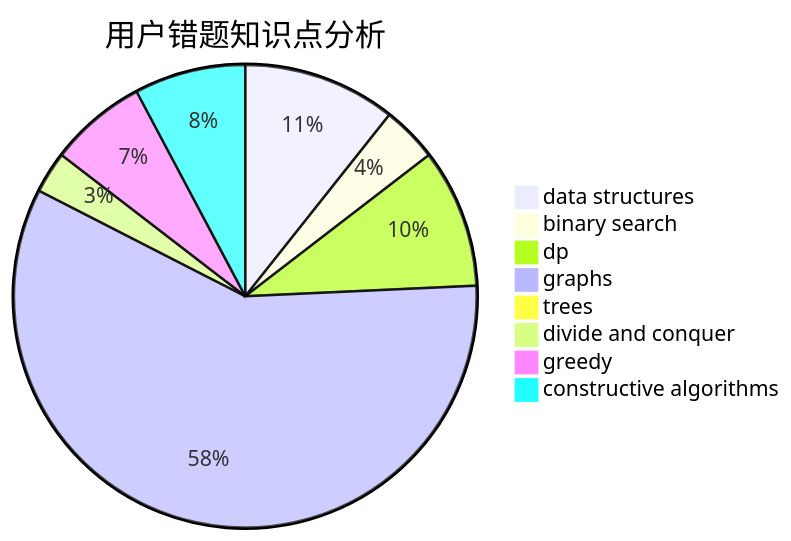
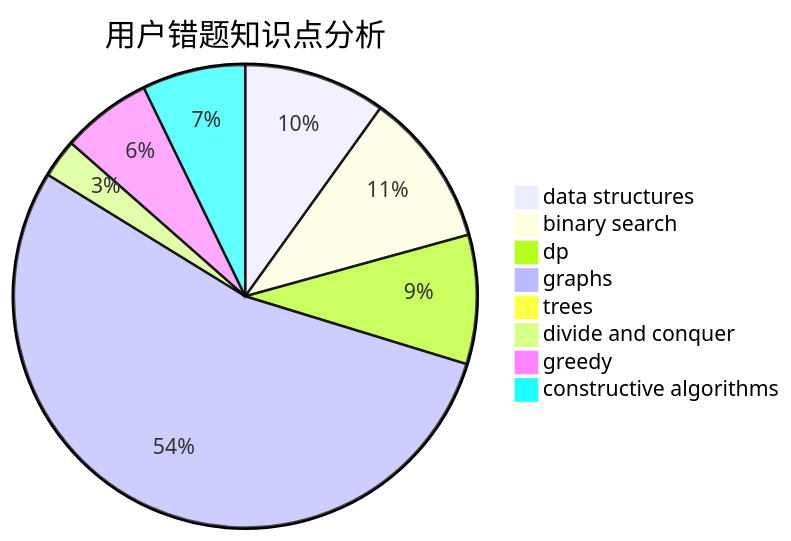
Before and after one commit to sherpahu/cfrs.github.io: the third of 3 diagrams in docs/user/u1347.md, drawn with Mermaid. The commit also changed other lines of this file and 2770 other files, not shown here.

````diff
--- a/docs/user/u1347.md
+++ b/docs/user/u1347.md
@@ -36,11 +36,11 @@
 ```mermaid
 pie title 用户错题知识点分析
     "data structures" :  11
-    "binary search" :  4
+    "binary search" :  12
     "dp" :  10
     "graphs" :  60
     "trees" :  0
     "divide and conquer" :  3
     "greedy" :  7
     "constructive algorithms" :  8
 ```
````
